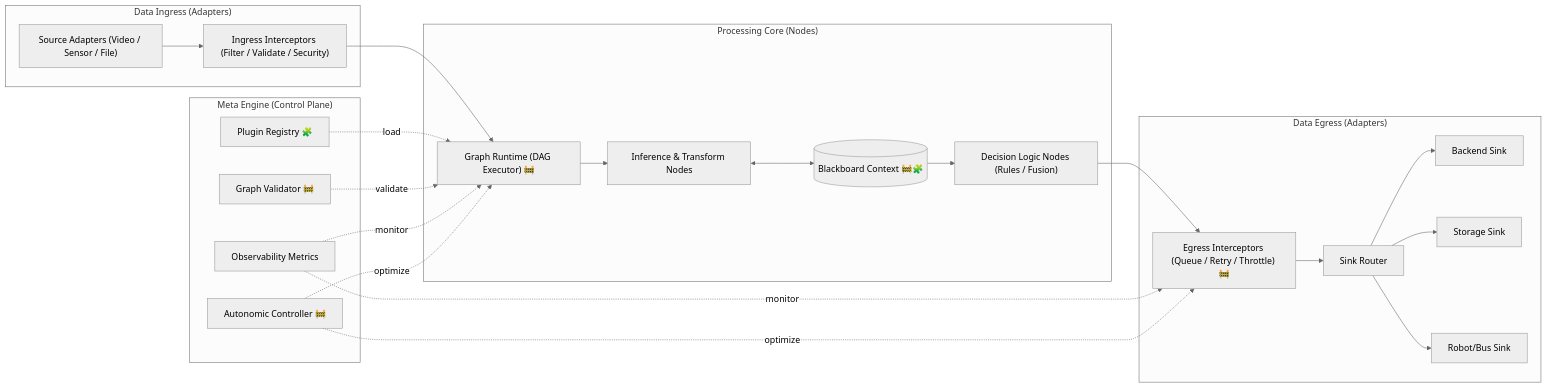
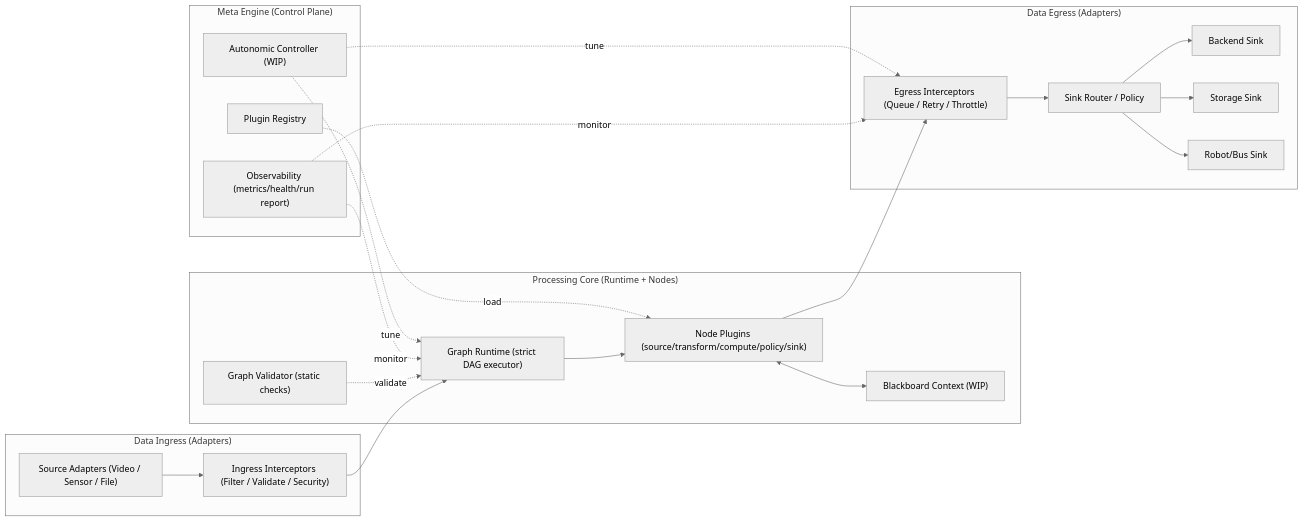
Before and after one commit to KyunghoCha/schnitzel-stream-platform: the first of 4 diagrams in docs/roadmap/strategic_roadmap.md, drawn with Mermaid (neutral theme). The commit also changed other lines of this file and 5 other files, not shown here.

````diff
--- a/docs/roadmap/strategic_roadmap.md
+++ b/docs/roadmap/strategic_roadmap.md
@@ -36,47 +40,42 @@
 ```mermaid
-graph LR
-    subgraph Ingress ["Data Ingress (Adapters)"]
+flowchart LR
+    subgraph Ingress["Data Ingress (Adapters)"]
         S["Source Adapters (Video / Sensor / File)"]
         I["Ingress Interceptors (Filter / Validate / Security)"]
     end
 
-    subgraph Core ["Processing Core (Nodes)"]
-        G["Graph Runtime (DAG Executor) 🚧"]
-        P["Inference & Transform Nodes"]
-        B[(Blackboard Context 🚧🧩)]
-        L["Decision Logic Nodes (Rules / Fusion)"]
+    subgraph Core["Processing Core (Runtime + Nodes)"]
+        V["Graph Validator (static checks)"]
+        G["Graph Runtime (strict DAG executor)"]
+        N["Node Plugins (source/transform/compute/policy/sink)"]
+        B["Blackboard Context (WIP)"]
     end
 
-    subgraph Egress ["Data Egress (Adapters)"]
-        O["Egress Interceptors (Queue / Retry / Throttle) 🚧"]
-        R["Sink Router"]
+    subgraph Egress["Data Egress (Adapters)"]
+        O["Egress Interceptors (Queue / Retry / Throttle)"]
+        R["Sink Router / Policy"]
         D1["Backend Sink"]
         D2["Storage Sink"]
         D3["Robot/Bus Sink"]
     end
 
-    subgraph Meta ["Meta Engine (Control Plane)"]
-        M0["Plugin Registry 🧩"]
-        M1["Graph Validator 🚧"]
-        M2["Observability Metrics"]
-        M3["Autonomic Controller 🚧"]
+    subgraph Meta["Meta Engine (Control Plane)"]
+        M0["Plugin Registry"]
+        M2["Observability (metrics/health/run report)"]
+        M3["Autonomic Controller (WIP)"]
     end
 
-    S --> I
-    I --> G
-    G --> P
-    P <--> B
-    B --> L
-    L --> O
-    O --> R
+    S --> I --> G --> N
+    N <--> B
+    N --> O --> R
     R --> D1
     R --> D2
     R --> D3
 
-    M0 -. load .-> G
-    M1 -. validate .-> G
+    V -. validate .-> G
+    M0 -. load .-> N
     M2 -. monitor .-> G
     M2 -. monitor .-> O
-    M3 -. optimize .-> G
-    M3 -. optimize .-> O
+    M3 -. tune .-> G
+    M3 -. tune .-> O
 ```
````
